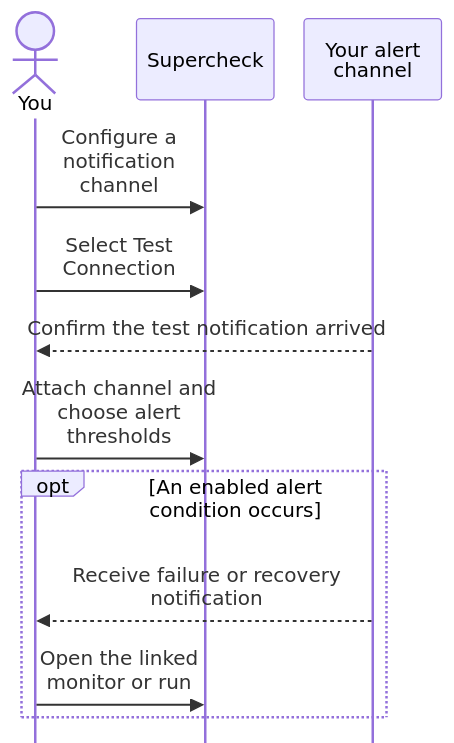
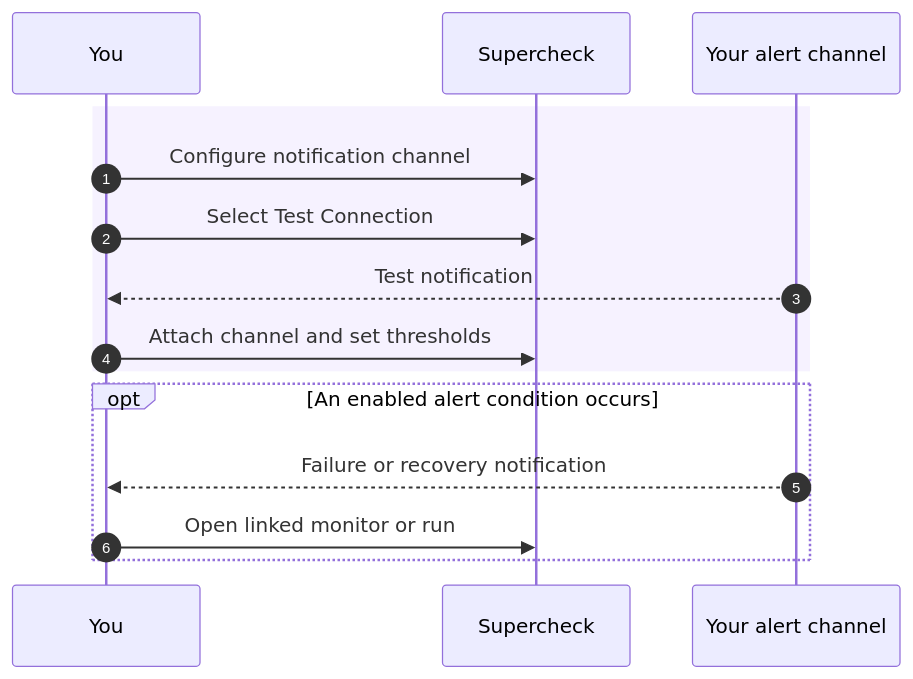
Before and after one commit to supercheck-io/supercheck: the diagram in docs/content/docs/app/communicate/alerts.mdx, drawn with Mermaid. The commit also changed other lines of this file and 34 other files, not shown here.

Commit message:
docs: restore architecture and polish user workflows (#337)

````diff
--- a/docs/content/docs/app/communicate/alerts.mdx
+++ b/docs/content/docs/app/communicate/alerts.mdx
@@ -20,16 +20,20 @@
 ```mermaid
-%%{init: {"sequence": {"mirrorActors": false, "actorMargin": 24, "width": 110, "height": 65, "wrap": true}}}%%
 sequenceDiagram
-    actor You
-    participant Supercheck as Supercheck
-    participant Channel as Your alert channel
+    accTitle: Configure and respond to alerts
+    accDescr: Configure and test a channel, attach it, and follow an enabled notification.
+    autonumber
+    participant You as You
+    participant App as Supercheck
+    participant Environment as Your alert channel
 
-    You->>Supercheck: Configure a notification channel
-    You->>Supercheck: Select Test Connection
-    Channel-->>You: Confirm the test notification arrived
-    You->>Supercheck: Attach channel and choose alert thresholds
+    rect rgba(139, 92, 246, 0.08)
+        You->>App: Configure notification channel
+        You->>App: Select Test Connection
+        Environment-->>You: Test notification
+        You->>App: Attach channel and set thresholds
+    end
     opt An enabled alert condition occurs
-        Channel-->>You: Receive failure or recovery notification
-        You->>Supercheck: Open the linked monitor or run
+        Environment-->>You: Failure or recovery notification
+        You->>App: Open linked monitor or run
     end
 ```
````
